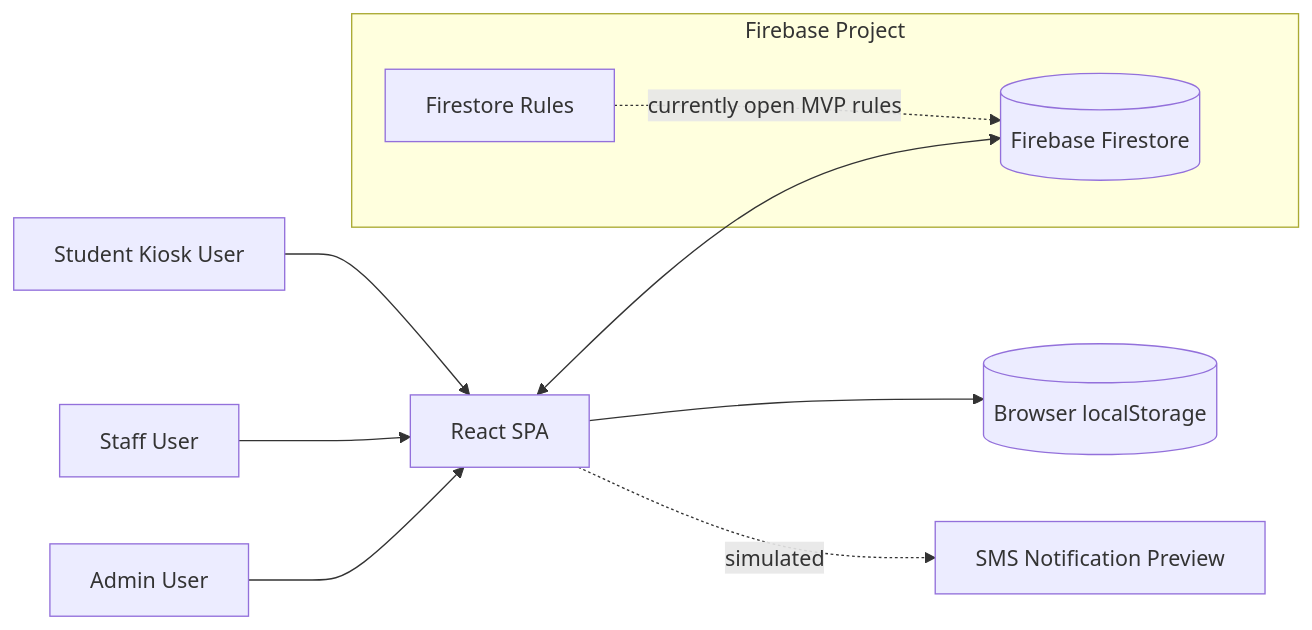
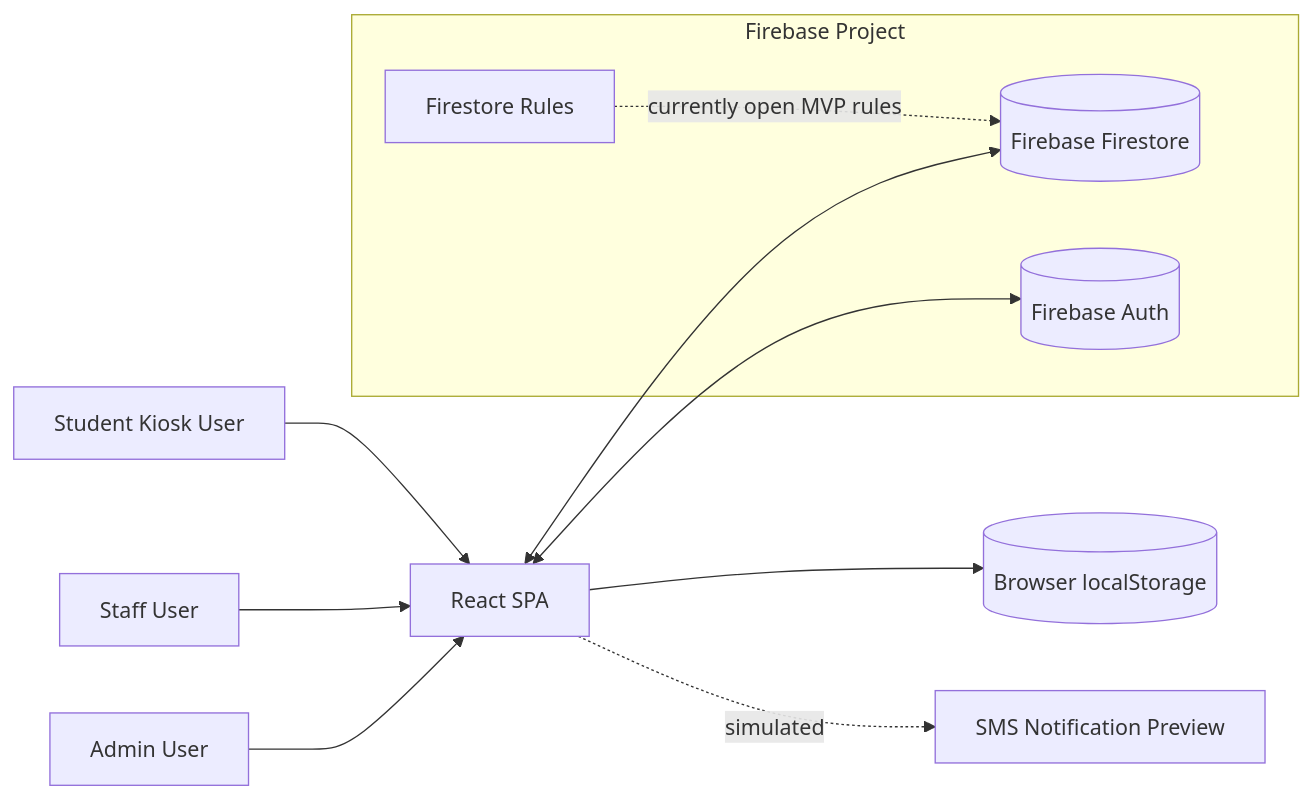
The diagram in docs/01-overview.md (checkinout82026-cmd/checkin), drawn with Mermaid before and after one commit. The commit also changed other lines of this file and 9 other files, not shown here.

Commit message:
Integrate Firebase Auth and staff checkout approval

````diff
--- a/docs/01-overview.md
+++ b/docs/01-overview.md
@@ -78,18 +79,20 @@
 ```mermaid
 flowchart LR
   Student[Student Kiosk User] --> Browser[React SPA]
   Staff[Staff User] --> Browser
   Admin[Admin User] --> Browser
 
   Browser --> LocalStorage[(Browser localStorage)]
   Browser <--> Firestore[(Firebase Firestore)]
+  Browser <--> FirebaseAuth[(Firebase Auth)]
 
   Browser -. simulated .-> Sms[SMS Notification Preview]
 
   subgraph FirebaseProject[Firebase Project]
     Firestore
+    FirebaseAuth
     Rules[Firestore Rules]
   end
 
   Rules -. currently open MVP rules .-> Firestore
 ```
````
